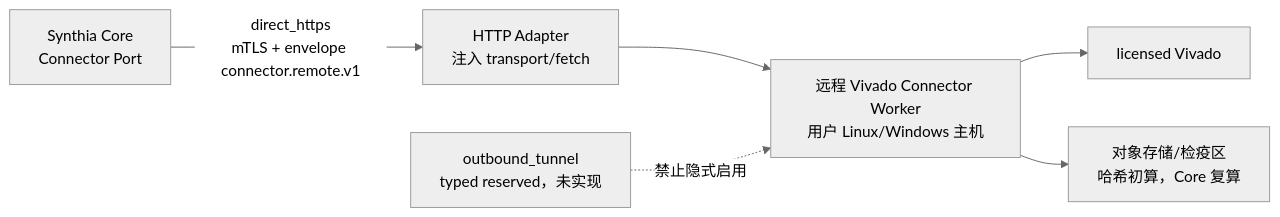
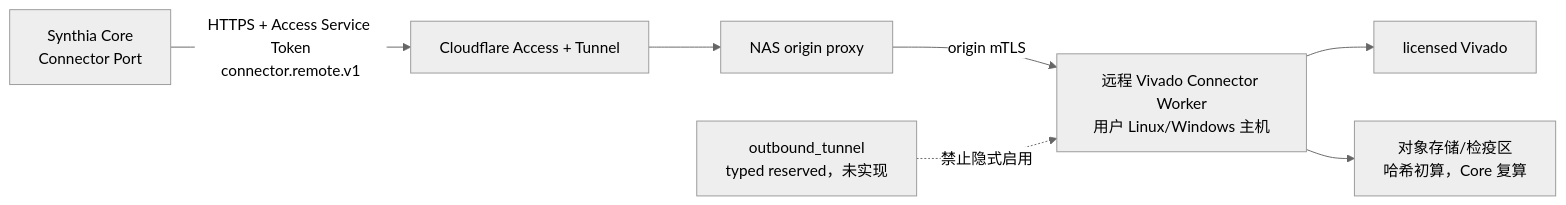
Before and after one commit to whosl/Synthia: the diagram in synthia-platform-docs-discussion-freeze-20260730/docs/software-engineering/04-architecture/CONNECTOR-ARCHITECTURE.md, drawn with Mermaid (neutral theme). The commit also changed other lines of this file and 85 other files, not shown here.

Commit message:
Add FPGA skill pack and harden remote Vivado connector

````diff
--- a/synthia-platform-docs-discussion-freeze-20260730/docs/software-engineering/04-architecture/CONNECTOR-ARCHITECTURE.md
+++ b/synthia-platform-docs-discussion-freeze-20260730/docs/software-engineering/04-architecture/CONNECTOR-ARCHITECTURE.md
@@ -127,8 +127,9 @@
 ```mermaid
 flowchart LR
-    CORE["Synthia Core\nConnector Port"] -->|"direct_https\nmTLS + envelope connector.remote.v1"| ADP["HTTP Adapter\n注入 transport/fetch"]
-    ADP --> RW["远程 Vivado Connector Worker\n用户 Linux/Windows 主机"]
+    CORE["Synthia Core\nConnector Port"] -->|"HTTPS + Access Service Token\nconnector.remote.v1"| EDGE["Cloudflare Access + Tunnel"]
+    EDGE --> PROXY["NAS origin proxy"]
+    PROXY -->|"origin mTLS"| RW["远程 Vivado Connector Worker\n用户 Linux/Windows 主机"]
     RW --> VIV["licensed Vivado"]
     RW --> STORE["对象存储/检疫区\n哈希初算，Core 复算"]
     TUN["outbound_tunnel\ntyped reserved，未实现"] -.->|"禁止隐式启用"| RW
 ```
````
